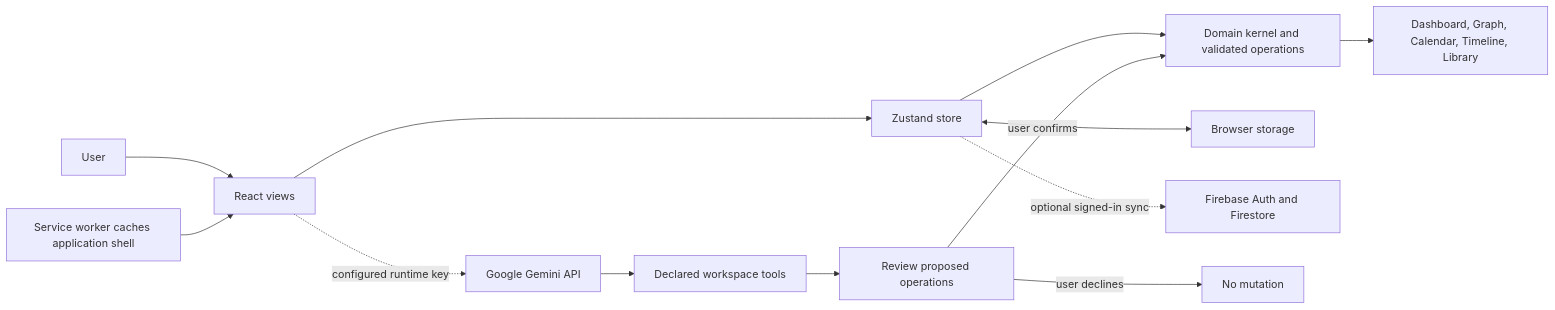
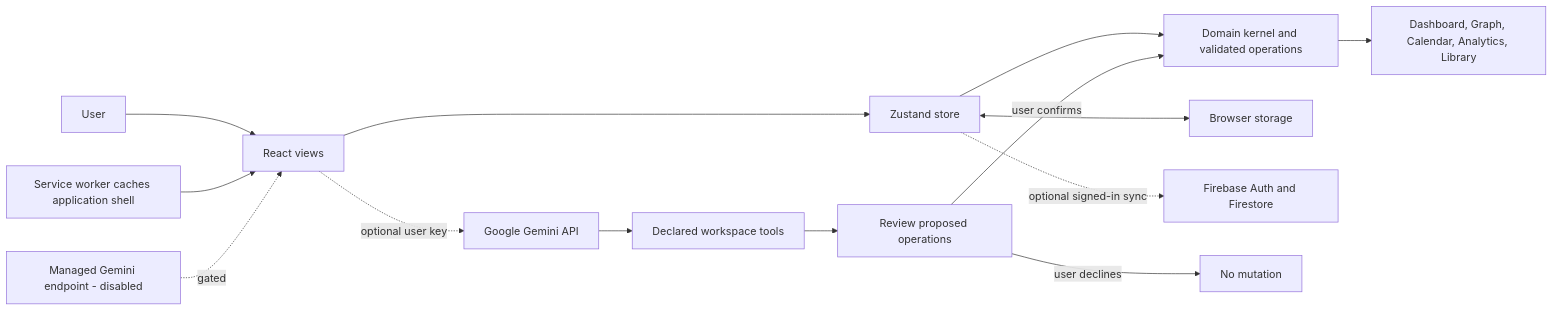
The diagram in README.md (Suvichan2005/Flowmate-AI), drawn with Mermaid before and after one commit. The commit also changed other lines of this file and 1 other file, not shown here.

Commit message:
Refresh release README and add live graph image

```diff
--- a/README.md
+++ b/README.md
@@ -46,15 +48,16 @@
 ~~~mermaid
 flowchart LR
   User[User] --> UI[React views]
   UI --> Store[Zustand store]
   Store --> Kernel[Domain kernel and validated operations]
-  Kernel --> Projections[Dashboard, Graph, Calendar, Timeline, Library]
+  Kernel --> Projections[Dashboard, Graph, Calendar, Analytics, Library]
   Store <--> Local[Browser storage]
   Store -. optional signed-in sync .-> Firebase[Firebase Auth and Firestore]
-  UI -. configured runtime key .-> Gemini[Google Gemini API]
+  UI -. optional user key .-> Gemini[Google Gemini API]
   Gemini --> Tools[Declared workspace tools]
   Tools --> Review[Review proposed operations]
   Review -->|user confirms| Kernel
   Review -->|user declines| Stop[No mutation]
   SW[Service worker caches application shell] --> UI
+  Managed[Managed Gemini endpoint - disabled] -. gated .-> UI
 ~~~
```
